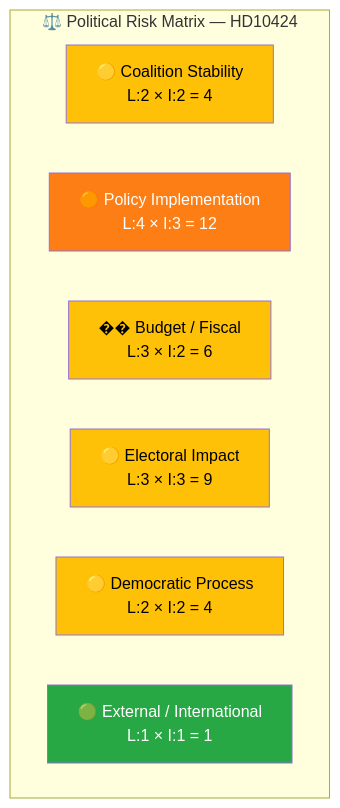
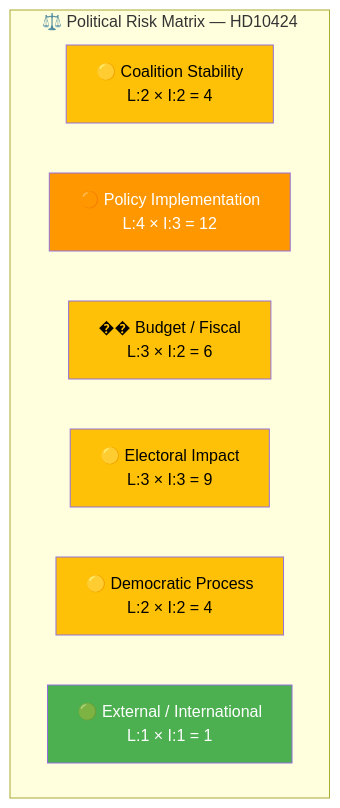
Before and after one commit to Hack23/riksdagsmonitor: the second of 2 diagrams in analysis/daily/2026-03-31/interpellations/documents/hd10424-analysis.md, drawn with Mermaid. The commit also changed other lines of this file and 785 other files, not shown here.

First line of the commit message:
Normalize mermaid colors across 786 analysis artifacts to ISMS Style Guide palette

````diff
--- a/analysis/daily/2026-03-31/interpellations/documents/hd10424-analysis.md
+++ b/analysis/daily/2026-03-31/interpellations/documents/hd10424-analysis.md
@@ -74,18 +74,18 @@
 ```mermaid
 graph TD
     subgraph "⚖️ Political Risk Matrix — HD10424"
         R1["🟡 Coalition Stability<br/>L:2 × I:2 = 4"]
         R2["🟠 Policy Implementation<br/>L:4 × I:3 = 12"]
         R3["�� Budget / Fiscal<br/>L:3 × I:2 = 6"]
         R4["🟡 Electoral Impact<br/>L:3 × I:3 = 9"]
         R5["🟡 Democratic Process<br/>L:2 × I:2 = 4"]
         R6["🟢 External / International<br/>L:1 × I:1 = 1"]
     end
 
-    style R1 fill:#ffc107,color:#000
-    style R2 fill:#fd7e14,color:#fff
-    style R3 fill:#ffc107,color:#000
-    style R4 fill:#ffc107,color:#000
-    style R5 fill:#ffc107,color:#000
-    style R6 fill:#28a745,color:#fff
+    style R1 fill:#FFC107,color:#000000
+    style R2 fill:#FF9800,color:#FFFFFF
+    style R3 fill:#FFC107,color:#000000
+    style R4 fill:#FFC107,color:#000000
+    style R5 fill:#FFC107,color:#000000
+    style R6 fill:#4CAF50,color:#FFFFFF
 ```
````
